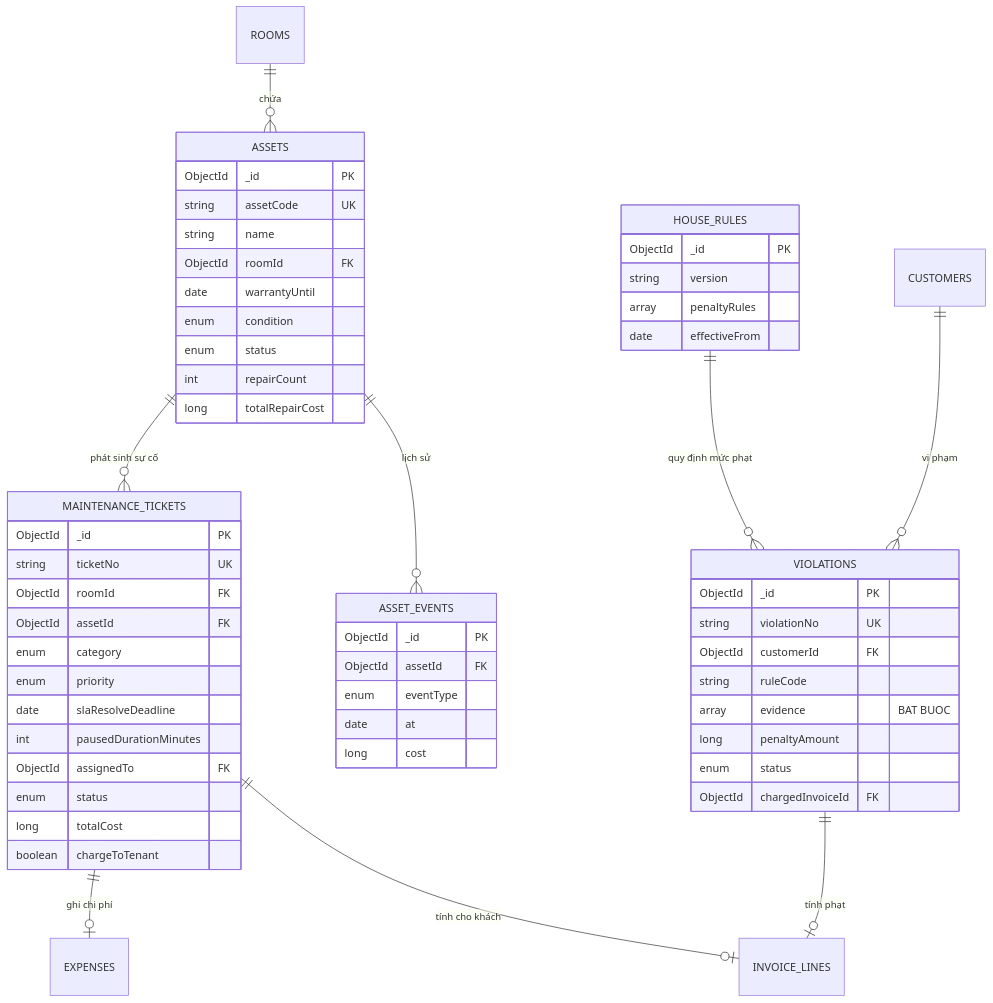
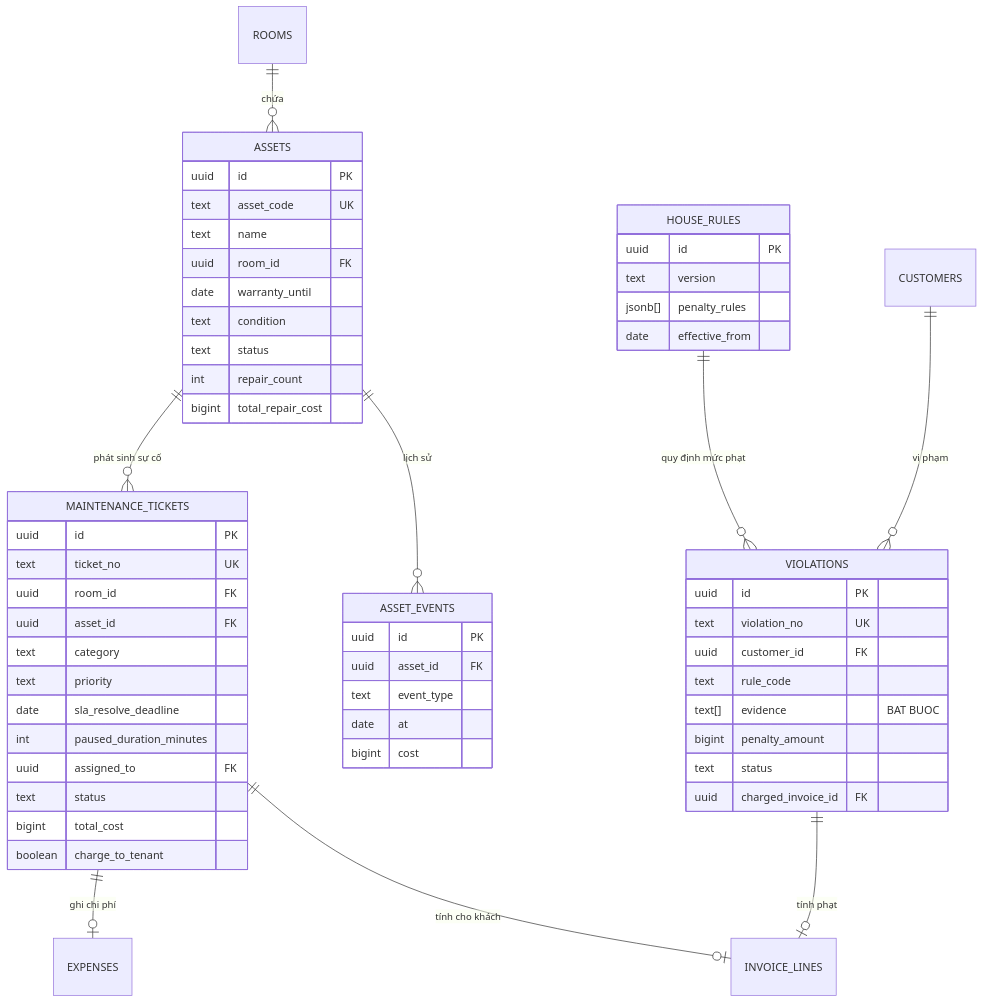
One commit to danglh5902/ktx-cali changed the sixth of 6 diagrams in docs/13-erd.md. Above: the diagram before and after it, drawn with Mermaid. The commit also changed other lines of this file and 60 other files, not shown here.

````diff
--- a/docs/13-erd.md
+++ b/docs/13-erd.md
@@ -386,64 +387,64 @@
 ```mermaid
 erDiagram
     MAINTENANCE_TICKETS {
-        ObjectId _id PK
-        string ticketNo UK
-        ObjectId roomId FK
-        ObjectId assetId FK
-        enum category
-        enum priority
-        date slaResolveDeadline
-        int pausedDurationMinutes
-        ObjectId assignedTo FK
-        enum status
-        long totalCost
-        boolean chargeToTenant
+        uuid id PK
+        text ticket_no UK
+        uuid room_id FK
+        uuid asset_id FK
+        text category
+        text priority
+        date sla_resolve_deadline
+        int paused_duration_minutes
+        uuid assigned_to FK
+        text status
+        bigint total_cost
+        boolean charge_to_tenant
     }
 
     ASSETS {
-        ObjectId _id PK
-        string assetCode UK
-        string name
-        ObjectId roomId FK
-        date warrantyUntil
-        enum condition
-        enum status
-        int repairCount
-        long totalRepairCost
+        uuid id PK
+        text asset_code UK
+        text name
+        uuid room_id FK
+        date warranty_until
+        text condition
+        text status
+        int repair_count
+        bigint total_repair_cost
     }
 
     ASSET_EVENTS {
-        ObjectId _id PK
-        ObjectId assetId FK
-        enum eventType
+        uuid id PK
+        uuid asset_id FK
+        text event_type
         date at
-        long cost
+        bigint cost
     }
 
     HOUSE_RULES {
-        ObjectId _id PK
-        string version
-        array penaltyRules
-        date effectiveFrom
+        uuid id PK
+        text version
+        jsonb[] penalty_rules
+        date effective_from
     }
 
     VIOLATIONS {
-        ObjectId _id PK
-        string violationNo UK
-        ObjectId customerId FK
-        string ruleCode
-        array evidence "BAT BUOC"
-        long penaltyAmount
-        enum status
-        ObjectId chargedInvoiceId FK
+        uuid id PK
+        text violation_no UK
+        uuid customer_id FK
+        text rule_code
+        text[] evidence "BAT BUOC"
+        bigint penalty_amount
+        text status
+        uuid charged_invoice_id FK
     }
 
     ROOMS ||--o{ ASSETS : "chứa"
     ASSETS ||--o{ ASSET_EVENTS : "lịch sử"
     ASSETS ||--o{ MAINTENANCE_TICKETS : "phát sinh sự cố"
     MAINTENANCE_TICKETS ||--o| EXPENSES : "ghi chi phí"
     MAINTENANCE_TICKETS ||--o| INVOICE_LINES : "tính cho khách"
     HOUSE_RULES ||--o{ VIOLATIONS : "quy định mức phạt"
     CUSTOMERS ||--o{ VIOLATIONS : "vi phạm"
     VIOLATIONS ||--o| INVOICE_LINES : "tính phạt"
 ```
````
